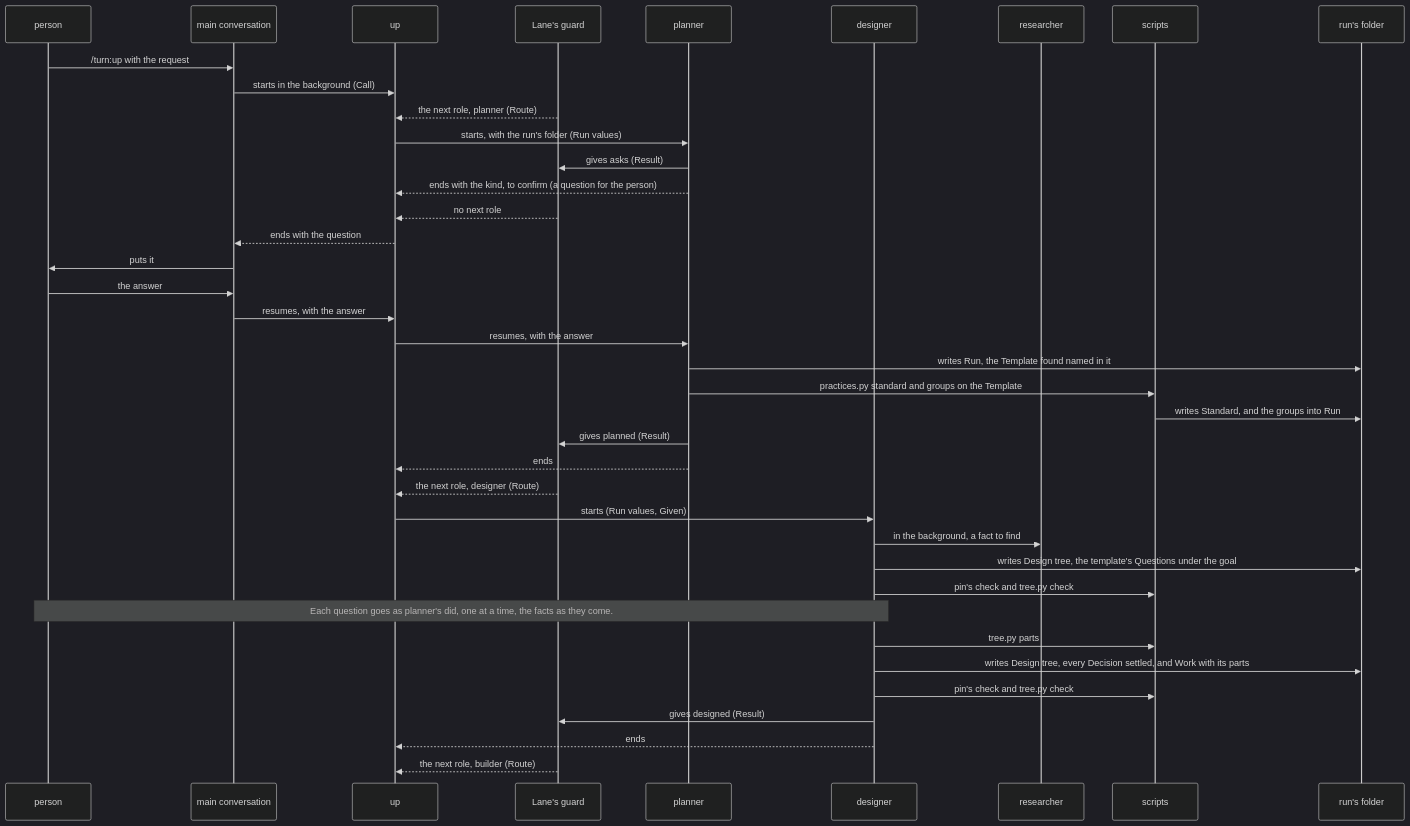
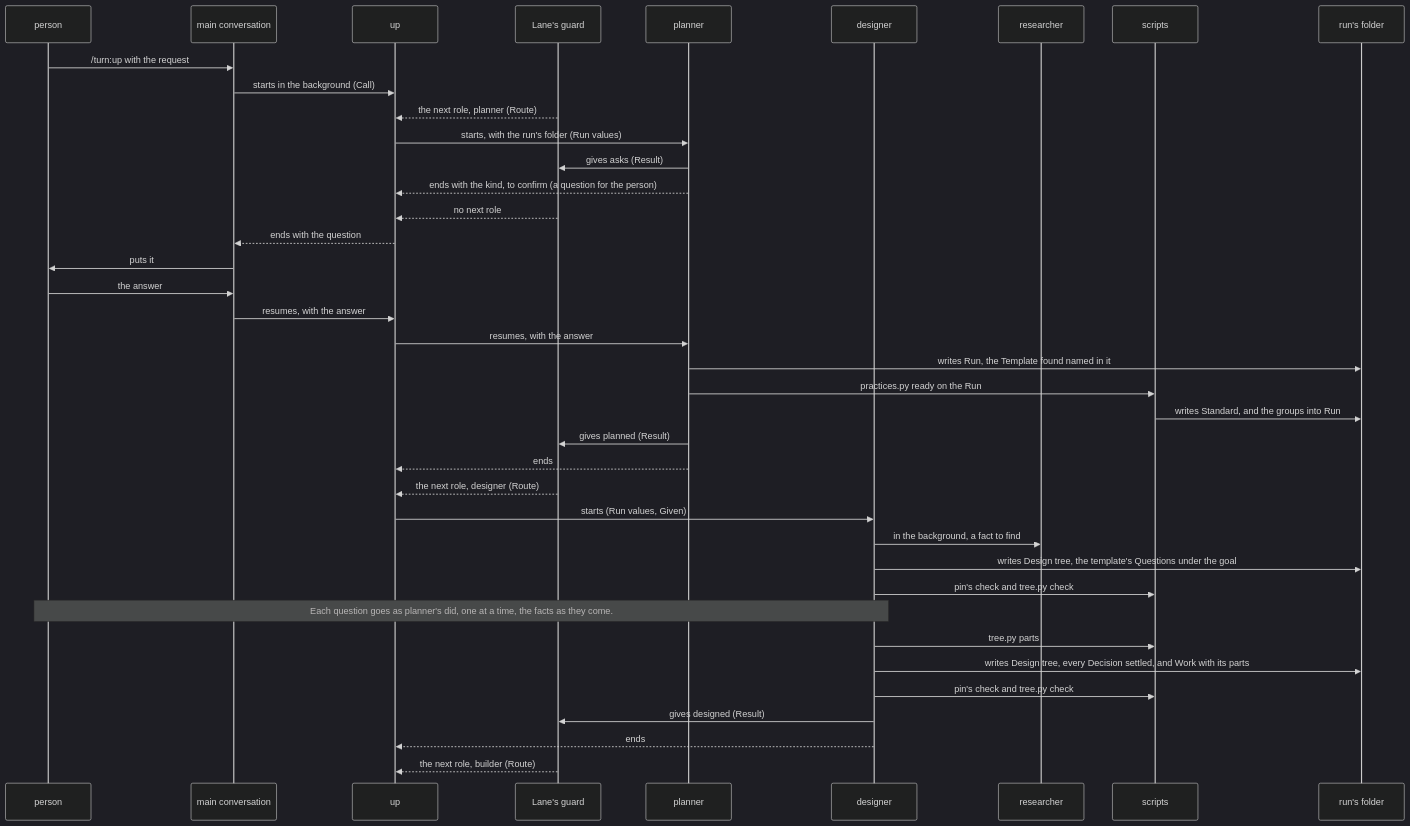
The third of 7 diagrams in dev/turn/architecture.md (lovaizu/ccpm), drawn with Mermaid (dark theme) before and after one commit. The commit also changed other lines of this file and 25 other files, not shown here.

````diff
--- a/dev/turn/architecture.md
+++ b/dev/turn/architecture.md
@@ -364,41 +360,41 @@
 ```mermaid
 sequenceDiagram
   participant P as person
   participant M as main conversation
   participant U as up
   participant G as Lane's guard
   participant PL as planner
   participant D as designer
   participant RS as researcher
   participant S as scripts
   participant F as run's folder
   P->>M: /turn:up with the request
   M->>U: starts in the background (Call)
   G-->>U: the next role, planner (Route)
   U->>PL: starts, with the run's folder (Run values)
   PL->>G: gives asks (Result)
   PL-->>U: ends with the kind, to confirm (a question for the person)
   G-->>U: no next role
   U-->>M: ends with the question
   M->>P: puts it
   P->>M: the answer
   M->>U: resumes, with the answer
   U->>PL: resumes, with the answer
   PL->>F: writes Run, the Template found named in it
-  PL->>S: practices.py standard and groups on the Template
+  PL->>S: practices.py ready on the Run
   S->>F: writes Standard, and the groups into Run
   PL->>G: gives planned (Result)
   PL-->>U: ends
   G-->>U: the next role, designer (Route)
   U->>D: starts (Run values, Given)
   D->>RS: in the background, a fact to find
   D->>F: writes Design tree, the template's Questions under the goal
   D->>S: pin's check and tree.py check
   Note over P,D: Each question goes as planner's did, one at a time, the facts as they come.
   D->>S: tree.py parts
   D->>F: writes Design tree, every Decision settled, and Work with its parts
   D->>S: pin's check and tree.py check
   D->>G: gives designed (Result)
   D-->>U: ends
   G-->>U: the next role, builder (Route)
 ```
````
